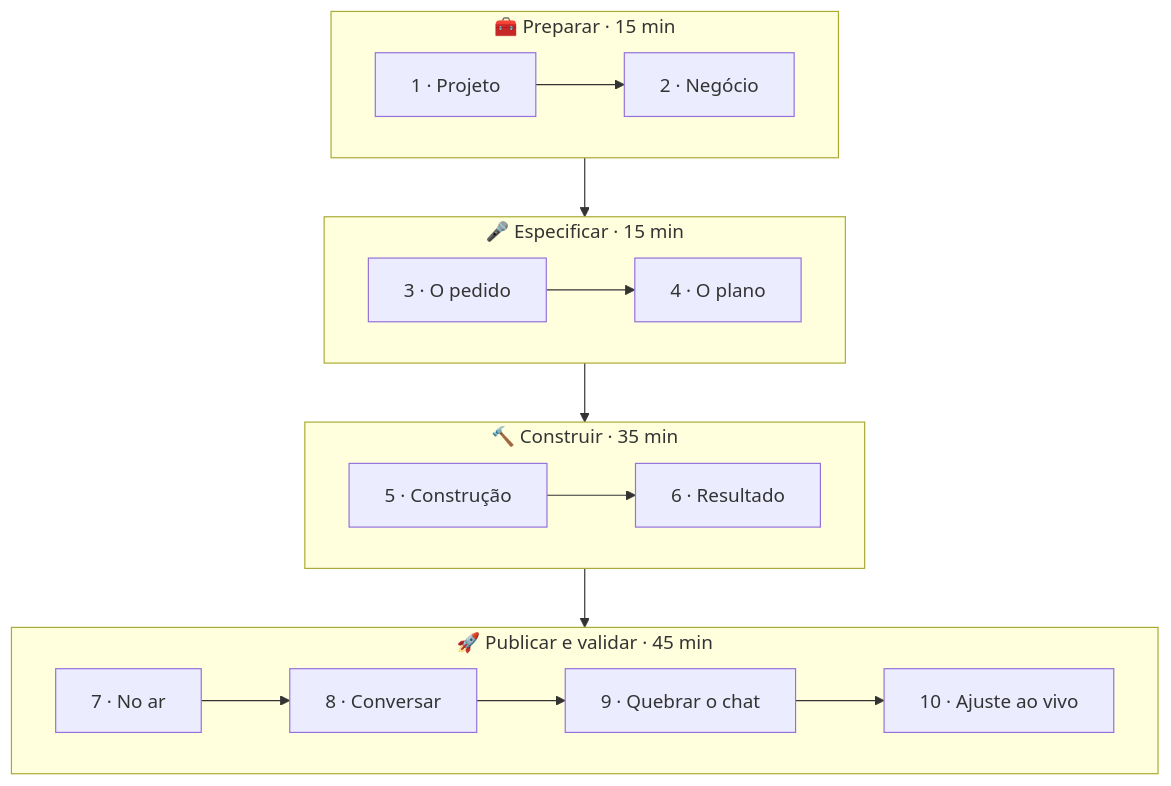
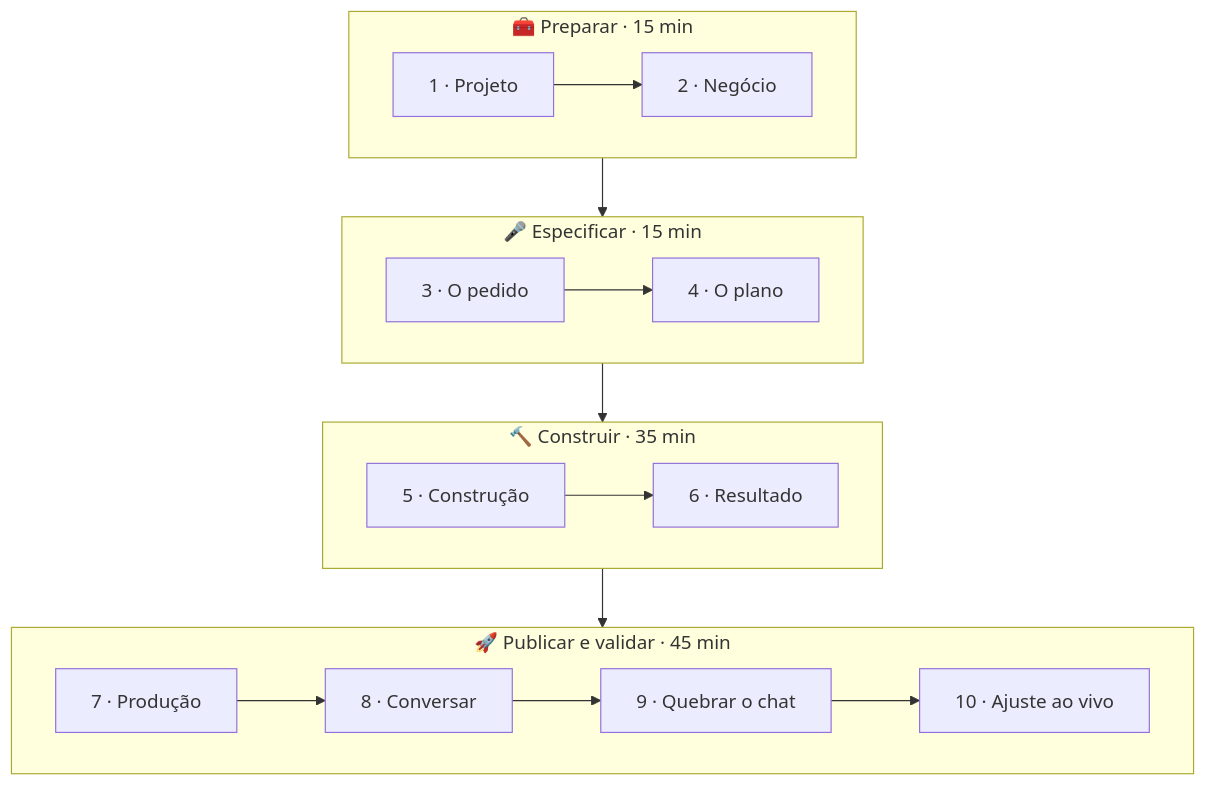
One commit to Blueydata/ai-dev-foundation changed the second of 3 diagrams in WORKSHOP.md. Above: the diagram before and after it, drawn with Mermaid. The commit also changed other lines of this file and 15 other files, not shown here.

````diff
--- a/WORKSHOP.md
+++ b/WORKSHOP.md
@@ -27,20 +27,20 @@
 ```mermaid
 flowchart TB
     subgraph P["🧰 Preparar · 15 min"]
         direction LR
         S1["1 · Projeto"] --> S2["2 · Negócio"]
     end
     subgraph E["🎤 Especificar · 15 min"]
         direction LR
         S3["3 · O pedido"] --> S4["4 · O plano"]
     end
     subgraph C["🔨 Construir · 35 min"]
         direction LR
         S5["5 · Construção"] --> S6["6 · Resultado"]
     end
     subgraph D["🚀 Publicar e validar · 45 min"]
         direction LR
-        S7["7 · No ar"] --> S8["8 · Conversar"] --> S9["9 · Quebrar o chat"] --> S10["10 · Ajuste ao vivo"]
+        S7["7 · Produção"] --> S8["8 · Conversar"] --> S9["9 · Quebrar o chat"] --> S10["10 · Ajuste ao vivo"]
     end
     P --> E --> C --> D
 ```
````
